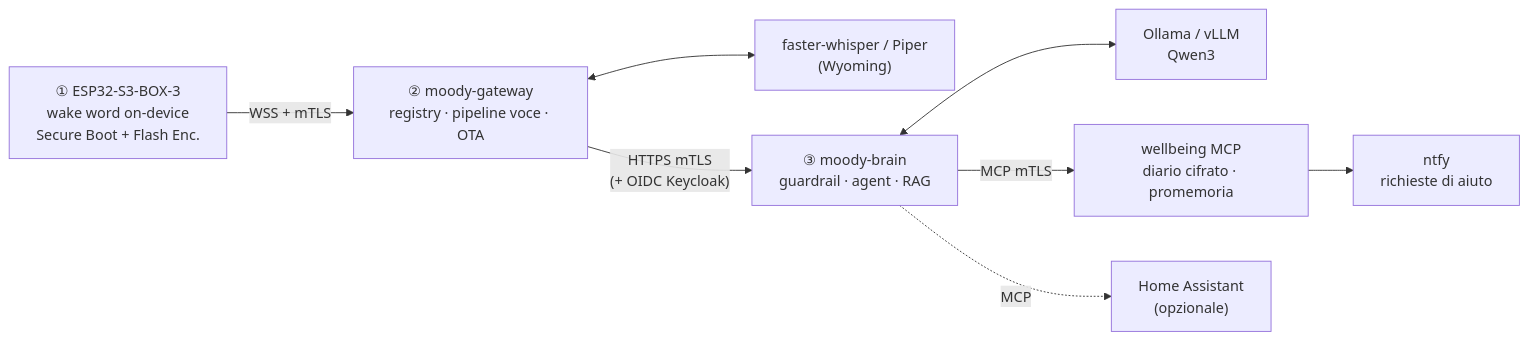
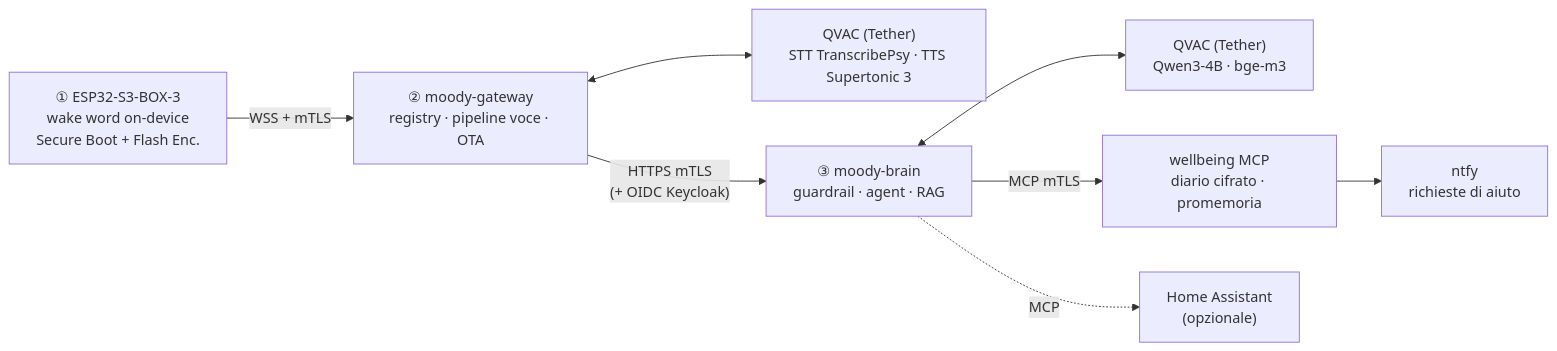
Before and after one commit to saldang/moody: the diagram in README.md, drawn with Mermaid. The commit also changed other lines of this file and 9 other files, not shown here.

````diff
--- a/README.md
+++ b/README.md
@@ -25,10 +26,10 @@
 ```mermaid
 flowchart LR
     D["① ESP32-S3-BOX-3<br/>wake word on-device<br/>Secure Boot + Flash Enc."] -- "WSS + mTLS" --> G["② moody-gateway<br/>registry · pipeline voce · OTA"]
-    G <--> S["faster-whisper / Piper<br/>(Wyoming)"]
+    G <--> Q["QVAC (Tether)<br/>STT TranscribePsy · TTS Supertonic 3"]
     G -- "HTTPS mTLS<br/>(+ OIDC Keycloak)" --> B["③ moody-brain<br/>guardrail · agent · RAG"]
-    B <--> L["Ollama / vLLM<br/>Qwen3"]
+    B <--> Q2["QVAC (Tether)<br/>Qwen3-4B · bge-m3"]
     B -- "MCP mTLS" --> W["wellbeing MCP<br/>diario cifrato · promemoria"]
     B -. "MCP" .-> H["Home Assistant<br/>(opzionale)"]
     W --> N["ntfy<br/>richieste di aiuto"]
 ```
````
